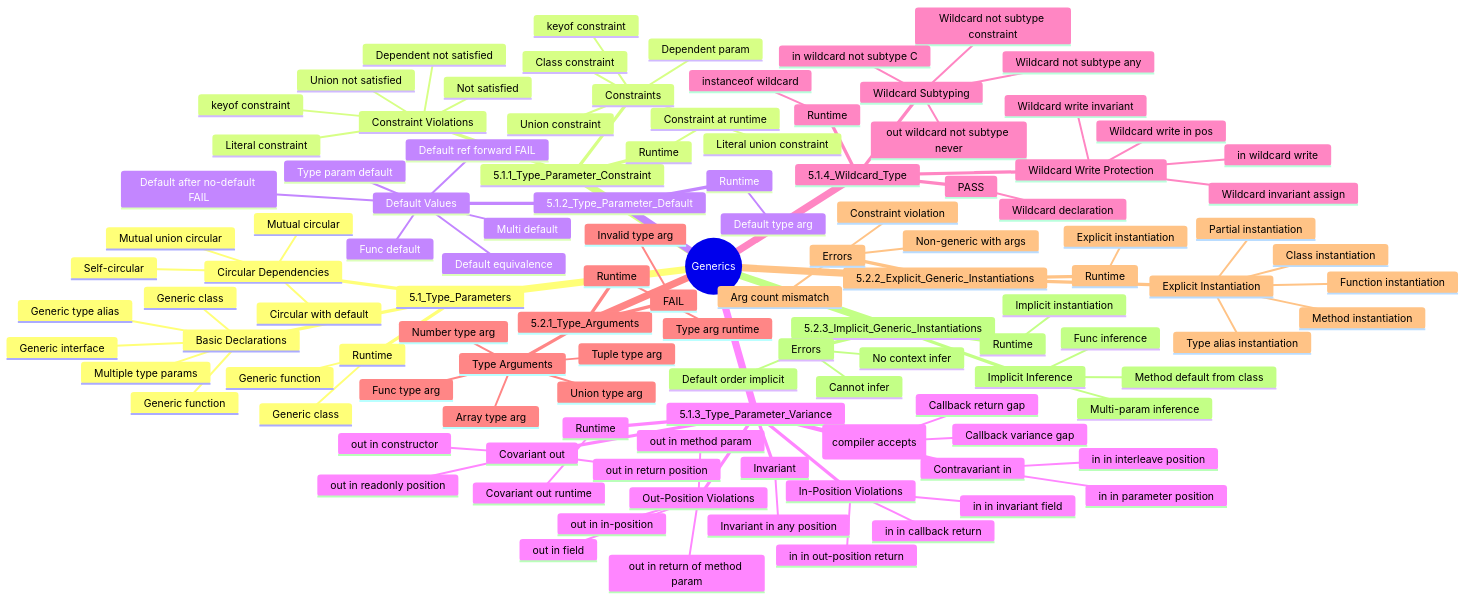
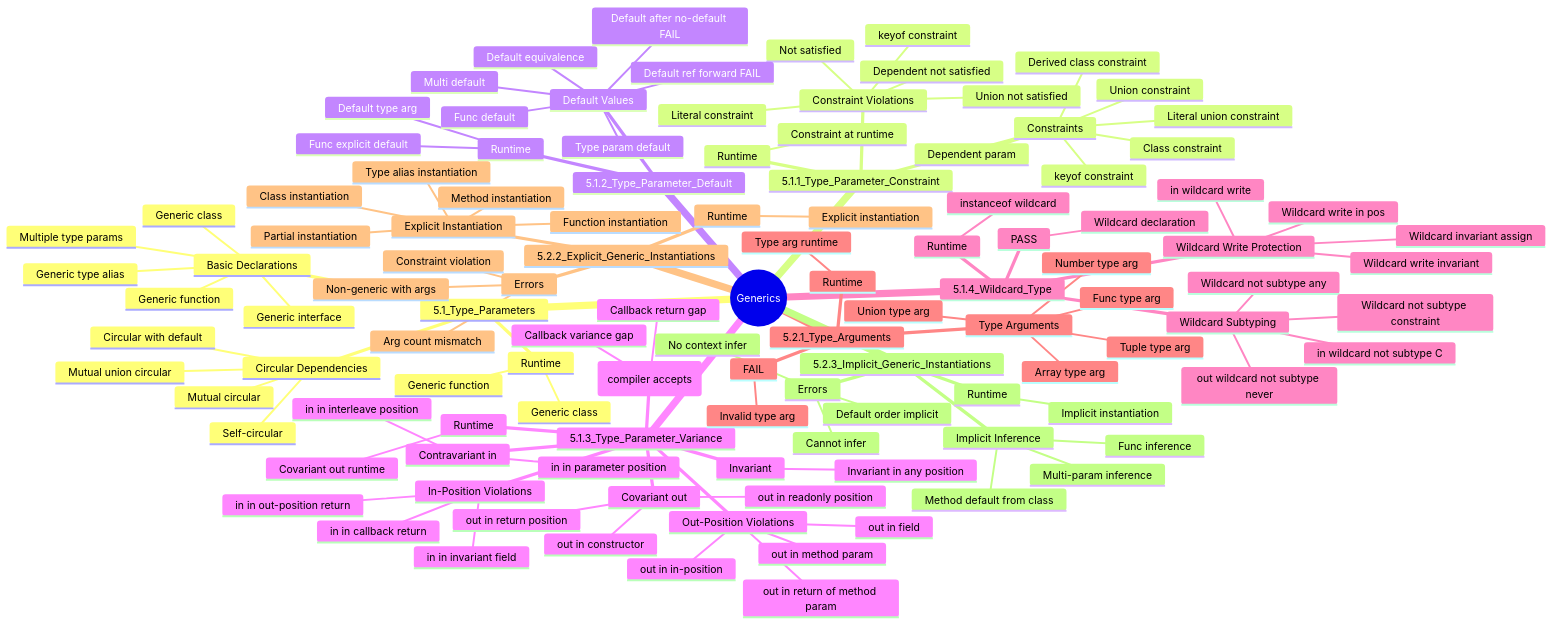
The diagram in 05_Generics/test_design_mindmap.md (XHL0320/arkts-static-spec), drawn with Mermaid before and after one commit. The commit also changed other lines of this file and 39 other files, not shown here.

```diff
--- a/05_Generics/test_design_mindmap.md
+++ b/05_Generics/test_design_mindmap.md
@@ -25,6 +25,7 @@
         Literal union constraint
         keyof constraint
         Dependent param
+        Derived class constraint
       Constraint Violations
         Not satisfied
         Union not satisfied
@@ -43,6 +44,7 @@
         Default ref forward FAIL
       Runtime
         Default type arg
+        Func explicit default
     5.1.3_Type_Parameter_Variance
       Covariant out
         out in return position
```
